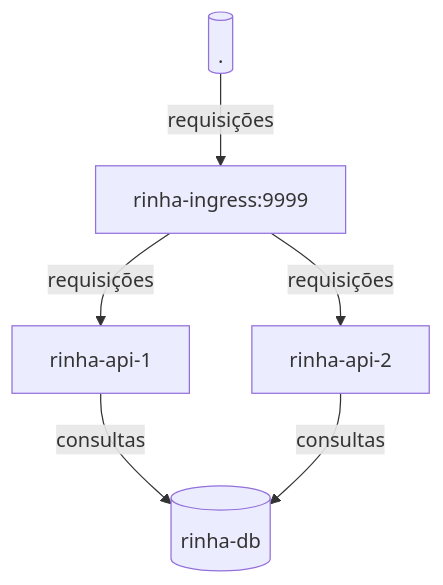
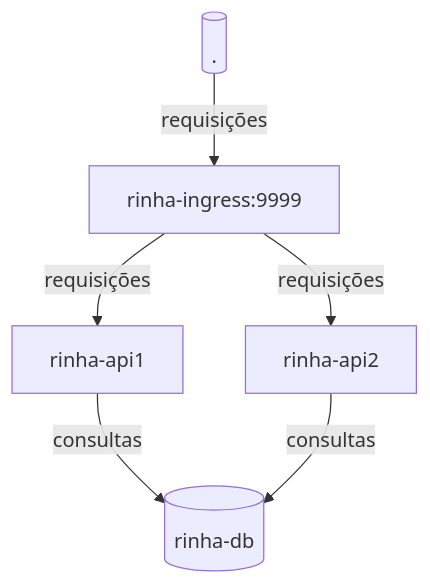
The diagram in participantes/cadu/README.md (zanfranceschi/rinha-de-backend-2024-q1), drawn with Mermaid before and after one commit. The commit also changed other lines of this file and 8 other files, not shown here.

````diff
--- a/participantes/cadu/README.md
+++ b/participantes/cadu/README.md
@@ -10,8 +10,8 @@
 ```mermaid
 graph TD
   A[(.)] -->|requisições| B[rinha-ingress:9999]
-  B -->|requisições| C[rinha-api-1]
-  B -->|requisições| D[rinha-api-2]
+  B -->|requisições| C[rinha-api1]
+  B -->|requisições| D[rinha-api2]
   C -->|consultas| E[(rinha-db)]
   D -->|consultas| E
 ```
````
